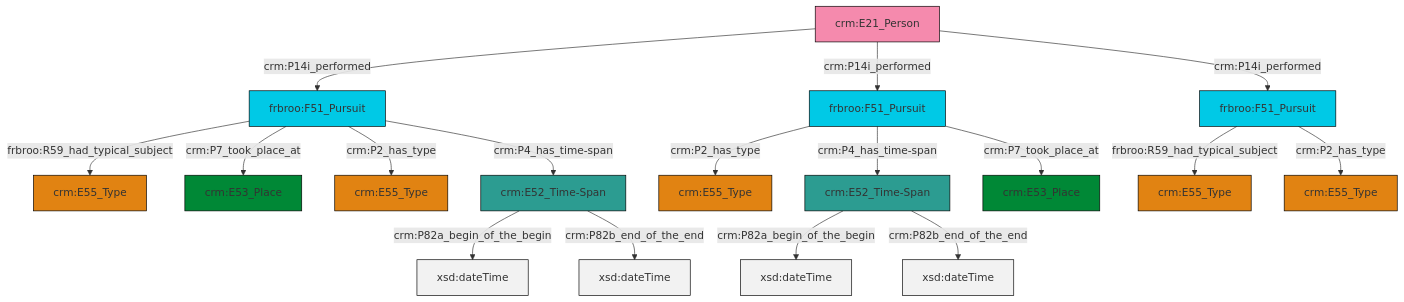
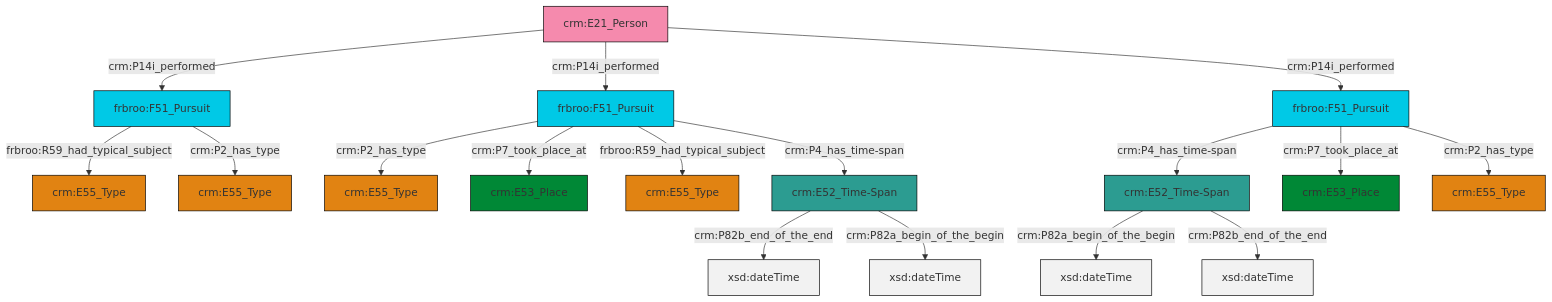
Before and after one commit to swiss-art-research-net/reference-data-models: the diagram in et/personCSV/ttl/mmd/Person_Event.ttl.mmd, drawn with Mermaid. The commit also changed 128 other files, not shown here.

```diff
--- a/et/personCSV/ttl/mmd/Person_Event.ttl.mmd
+++ b/et/personCSV/ttl/mmd/Person_Event.ttl.mmd
@@ -1,31 +1,31 @@
 graph TD
 classDef Literal fill:#f2f2f2,stroke:#000000;
 classDef CRM_Entity fill:#FFFFFF,stroke:#000000;
 classDef Temporal_Entity fill:#00C9E6, stroke:#000000;
 classDef Type fill:#E18312, stroke:#000000;
 classDef Time-Span fill:#2C9C91, stroke:#000000;
 classDef Appellation fill:#FFEB7F, stroke:#000000;
 classDef Place fill:#008836, stroke:#000000;
 classDef Persistent_Item fill:#B266B2, stroke:#000000;
 classDef Conceptual_Object fill:#FFD700, stroke:#000000;
 classDef Physical_Thing fill:#D2B48C, stroke:#000000;
 classDef Actor fill:#f58aad, stroke:#000000;
 classDef PC_Classes fill:#4ce600, stroke:#000000;
 classDef Multi fill:#cccccc,stroke:#000000;
 
-0["crm:E21_Person"]:::Actor -->|crm:P14i_performed| 2["frbroo:F51_Pursuit"]:::Temporal_Entity
-2["frbroo:F51_Pursuit"]:::Temporal_Entity -->|frbroo:R59_had_typical_subject| 5["crm:E55_Type"]:::Type
-6["frbroo:F51_Pursuit"]:::Temporal_Entity -->|crm:P2_has_type| 7["crm:E55_Type"]:::Type
-2["frbroo:F51_Pursuit"]:::Temporal_Entity -->|crm:P7_took_place_at| 8["crm:E53_Place"]:::Place
-3["crm:E52_Time-Span"]:::Time-Span -->|crm:P82a_begin_of_the_begin| 9[xsd:dateTime]:::Literal
-2["frbroo:F51_Pursuit"]:::Temporal_Entity -->|crm:P2_has_type| 12["crm:E55_Type"]:::Type
-2["frbroo:F51_Pursuit"]:::Temporal_Entity -->|crm:P4_has_time-span| 10["crm:E52_Time-Span"]:::Time-Span
-6["frbroo:F51_Pursuit"]:::Temporal_Entity -->|crm:P4_has_time-span| 3["crm:E52_Time-Span"]:::Time-Span
-14["frbroo:F51_Pursuit"]:::Temporal_Entity -->|frbroo:R59_had_typical_subject| 15["crm:E55_Type"]:::Type
-0["crm:E21_Person"]:::Actor -->|crm:P14i_performed| 6["frbroo:F51_Pursuit"]:::Temporal_Entity
-6["frbroo:F51_Pursuit"]:::Temporal_Entity -->|crm:P7_took_place_at| 18["crm:E53_Place"]:::Place
-3["crm:E52_Time-Span"]:::Time-Span -->|crm:P82b_end_of_the_end| 24[xsd:dateTime]:::Literal
-14["frbroo:F51_Pursuit"]:::Temporal_Entity -->|crm:P2_has_type| 16["crm:E55_Type"]:::Type
-10["crm:E52_Time-Span"]:::Time-Span -->|crm:P82a_begin_of_the_begin| 28[xsd:dateTime]:::Literal
-10["crm:E52_Time-Span"]:::Time-Span -->|crm:P82b_end_of_the_end| 29[xsd:dateTime]:::Literal
-0["crm:E21_Person"]:::Actor -->|crm:P14i_performed| 14["frbroo:F51_Pursuit"]:::Temporal_Entity
+0["frbroo:F51_Pursuit"]:::Temporal_Entity -->|crm:P4_has_time-span| 1["crm:E52_Time-Span"]:::Time-Span
+5["crm:E21_Person"]:::Actor -->|crm:P14i_performed| 6["frbroo:F51_Pursuit"]:::Temporal_Entity
+12["crm:E52_Time-Span"]:::Time-Span -->|crm:P82b_end_of_the_end| 13[xsd:dateTime]:::Literal
+14["frbroo:F51_Pursuit"]:::Temporal_Entity -->|crm:P2_has_type| 3["crm:E55_Type"]:::Type
+5["crm:E21_Person"]:::Actor -->|crm:P14i_performed| 14["frbroo:F51_Pursuit"]:::Temporal_Entity
+6["frbroo:F51_Pursuit"]:::Temporal_Entity -->|frbroo:R59_had_typical_subject| 7["crm:E55_Type"]:::Type
+12["crm:E52_Time-Span"]:::Time-Span -->|crm:P82a_begin_of_the_begin| 17[xsd:dateTime]:::Literal
+1["crm:E52_Time-Span"]:::Time-Span -->|crm:P82a_begin_of_the_begin| 20[xsd:dateTime]:::Literal
+5["crm:E21_Person"]:::Actor -->|crm:P14i_performed| 0["frbroo:F51_Pursuit"]:::Temporal_Entity
+14["frbroo:F51_Pursuit"]:::Temporal_Entity -->|crm:P7_took_place_at| 23["crm:E53_Place"]:::Place
+1["crm:E52_Time-Span"]:::Time-Span -->|crm:P82b_end_of_the_end| 27[xsd:dateTime]:::Literal
+14["frbroo:F51_Pursuit"]:::Temporal_Entity -->|frbroo:R59_had_typical_subject| 10["crm:E55_Type"]:::Type
+0["frbroo:F51_Pursuit"]:::Temporal_Entity -->|crm:P7_took_place_at| 21["crm:E53_Place"]:::Place
+0["frbroo:F51_Pursuit"]:::Temporal_Entity -->|crm:P2_has_type| 25["crm:E55_Type"]:::Type
+14["frbroo:F51_Pursuit"]:::Temporal_Entity -->|crm:P4_has_time-span| 12["crm:E52_Time-Span"]:::Time-Span
+6["frbroo:F51_Pursuit"]:::Temporal_Entity -->|crm:P2_has_type| 18["crm:E55_Type"]:::Type
```
